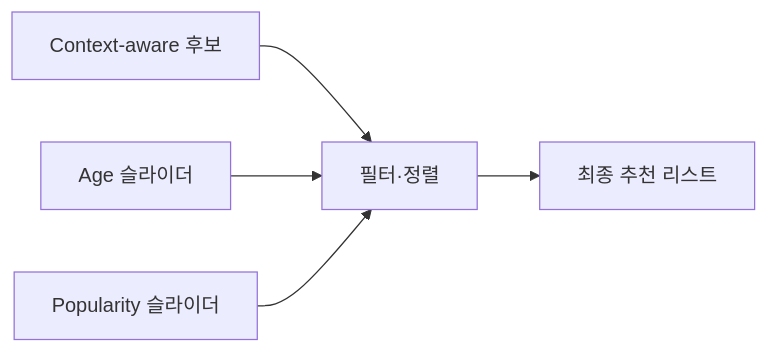
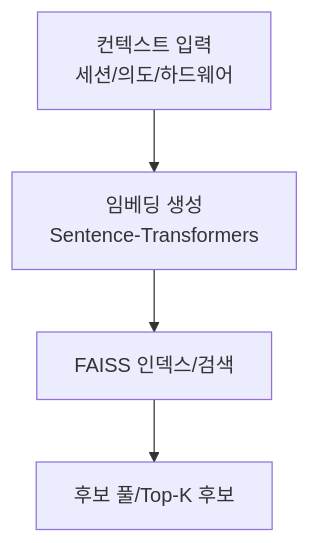
Before and after one commit to Game-recommend-sys-agent/Steam_Game_Recommand_Agent: the seventh of 11 diagrams in docs/workflow.md, drawn with Mermaid. The commit also changed other lines of this file and 5 other files, not shown here.

First line of the commit message:
docs: add context-aware 5-8 notes and API reference

````diff
--- a/docs/workflow.md
+++ b/docs/workflow.md
@@ -272,12 +139,6 @@
 ```mermaid
-flowchart LR
-    CA[Context-aware 후보]
-    Age[Age 슬라이더]
-    Pop[Popularity 슬라이더]
-    Filter[필터·정렬]
-    Out[최종 추천 리스트]
-    CA --> Filter
-    Age --> Filter
-    Pop --> Filter
-    Filter --> Out
+flowchart TB
+    Inputs[컨텍스트 입력<br/>세션/의도/하드웨어] --> Embed[임베딩 생성<br/>Sentence-Transformers]
+    Embed --> Index[FAISS 인덱스/검색]
+    Index --> Pool[후보 풀/Top-K 후보]
 ```
````
